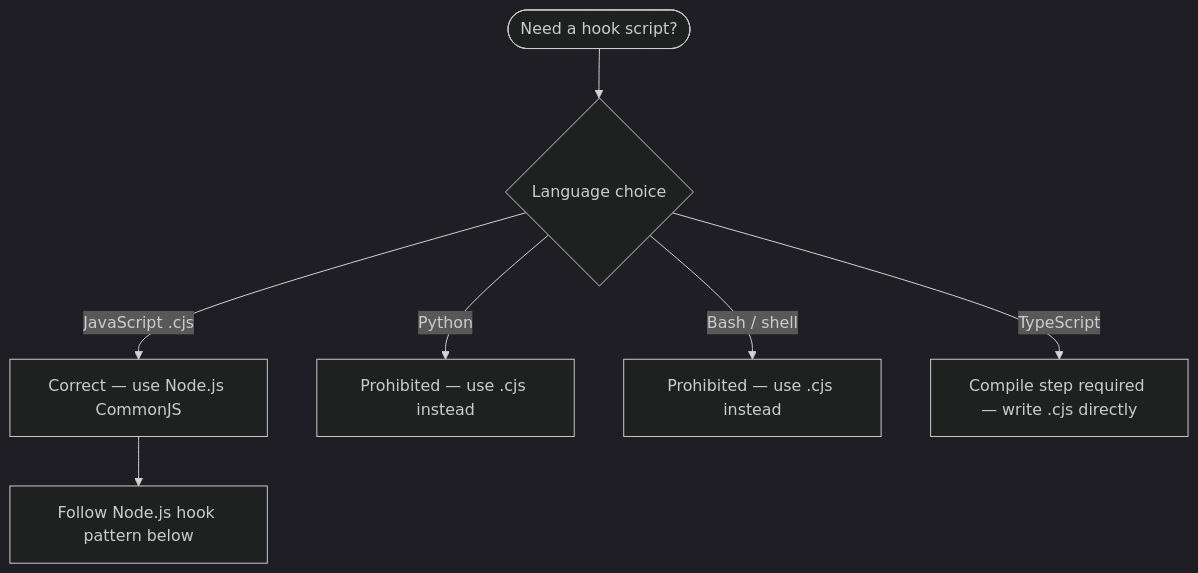
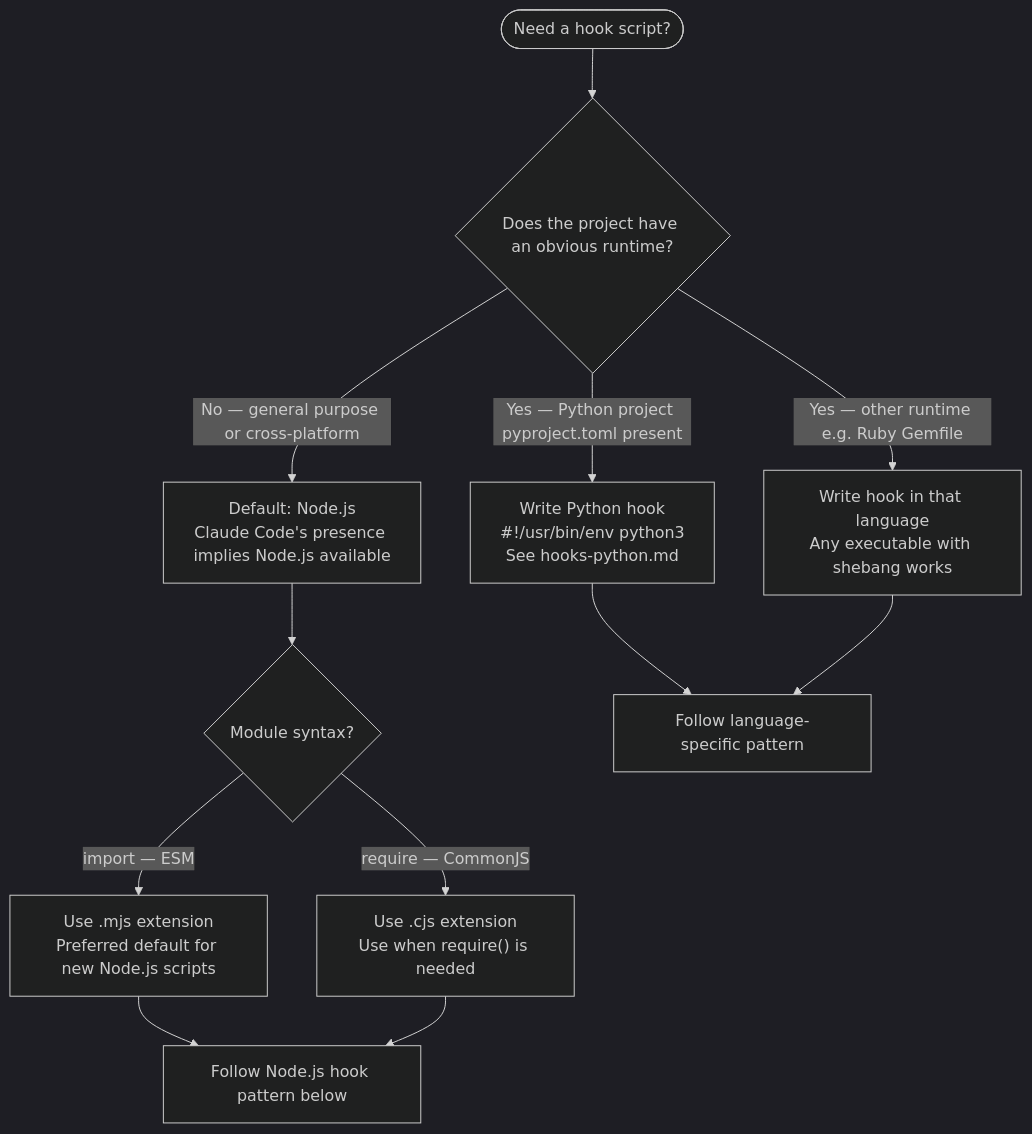
Before and after one commit to chgreer1070/claude_skills: the first of 4 diagrams in plugins/plugin-creator/skills/hook-creator/SKILL.md, drawn with Mermaid (dark theme). The commit also changed other lines of this file and 13 other files, not shown here.

First line of the commit message:
feat(plugin-creator): make hook-creator language-agnostic and fix gate token architecture

````diff
--- a/plugins/plugin-creator/skills/hook-creator/SKILL.md
+++ b/plugins/plugin-creator/skills/hook-creator/SKILL.md
@@ -20,9 +20,14 @@
 ```mermaid
 flowchart TD
-    Start([Need a hook script?]) --> Q1{Language choice}
-    Q1 -->|JavaScript .cjs| Correct[Correct — use Node.js CommonJS]
-    Q1 -->|Python| Wrong1[Prohibited — use .cjs instead]
-    Q1 -->|Bash / shell| Wrong2[Prohibited — use .cjs instead]
-    Q1 -->|TypeScript| Wrong3[Compile step required — write .cjs directly]
-    Correct --> Pattern[Follow Node.js hook pattern below]
+    Start([Need a hook script?]) --> Q1{Does the project have an obvious runtime?}
+    Q1 -->|Yes — Python project pyproject.toml present| Python["Write Python hook<br>#!/usr/bin/env python3<br>See hooks-python.md"]
+    Q1 -->|Yes — other runtime e.g. Ruby Gemfile| Other["Write hook in that language<br>Any executable with shebang works"]
+    Q1 -->|No — general purpose or cross-platform| NodeJS["Default: Node.js<br>Claude Code's presence implies Node.js available"]
+    NodeJS --> Q2{Module syntax?}
+    Q2 -->|import — ESM| MJS["Use .mjs extension<br>Preferred default for new Node.js scripts"]
+    Q2 -->|require — CommonJS| CJS["Use .cjs extension<br>Use when require() is needed"]
+    MJS --> Pattern[Follow Node.js hook pattern below]
+    CJS --> Pattern
+    Python --> Done[Follow language-specific pattern]
+    Other --> Done
 ```
````
